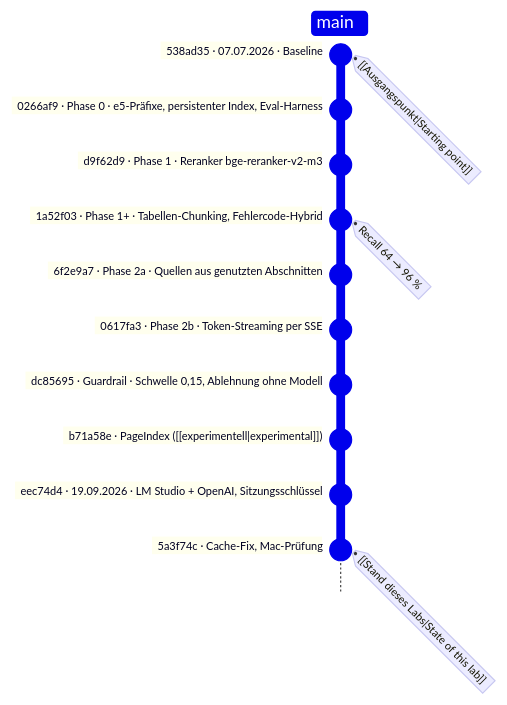
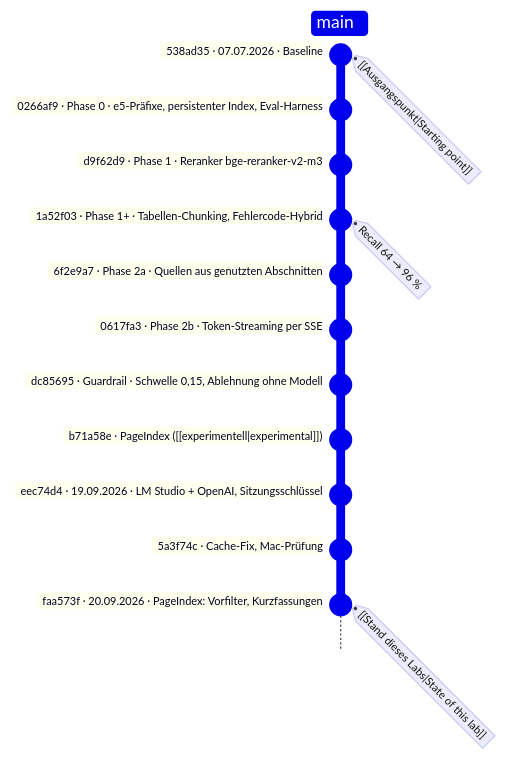
One commit to swrobuts/RAG-Lab changed the diagram in diagramme/quellen/nachbau-phasen.mmd. Above: the diagram before and after it, drawn with Mermaid. The commit also changed 14 other files, not shown here.

First line of the commit message:
PageIndex-Messung aufnehmen: Lab 08 Abschnitt, Lab 09 Kosten, Lab 10 Historie

```diff
--- a/diagramme/quellen/nachbau-phasen.mmd
+++ b/diagramme/quellen/nachbau-phasen.mmd
@@ -1,12 +1,13 @@
 %%{init: {'gitGraph': {'rotateCommitLabel': false, 'mainBranchName': 'main'}}}%%
 gitGraph TB:
   commit id: "538ad35 · 07.07.2026 · Baseline" tag: "[[Ausgangspunkt|Starting point]]"
   commit id: "0266af9 · Phase 0 · e5-Präfixe, persistenter Index, Eval-Harness"
   commit id: "d9f62d9 · Phase 1 · Reranker bge-reranker-v2-m3"
   commit id: "1a52f03 · Phase 1+ · Tabellen-Chunking, Fehlercode-Hybrid" tag: "Recall 64 → 96 %"
   commit id: "6f2e9a7 · Phase 2a · Quellen aus genutzten Abschnitten"
   commit id: "0617fa3 · Phase 2b · Token-Streaming per SSE"
   commit id: "dc85695 · Guardrail · Schwelle 0,15, Ablehnung ohne Modell"
   commit id: "b71a58e · PageIndex ([[experimentell|experimental]])"
   commit id: "eec74d4 · 19.09.2026 · LM Studio + OpenAI, Sitzungsschlüssel"
-  commit id: "5a3f74c · Cache-Fix, Mac-Prüfung" tag: "[[Stand dieses Labs|State of this lab]]"
+  commit id: "5a3f74c · Cache-Fix, Mac-Prüfung"
+  commit id: "faa573f · 20.09.2026 · PageIndex: Vorfilter, Kurzfassungen" tag: "[[Stand dieses Labs|State of this lab]]"
```
